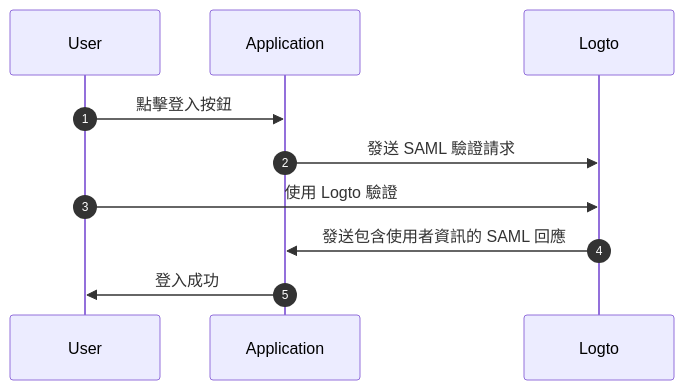
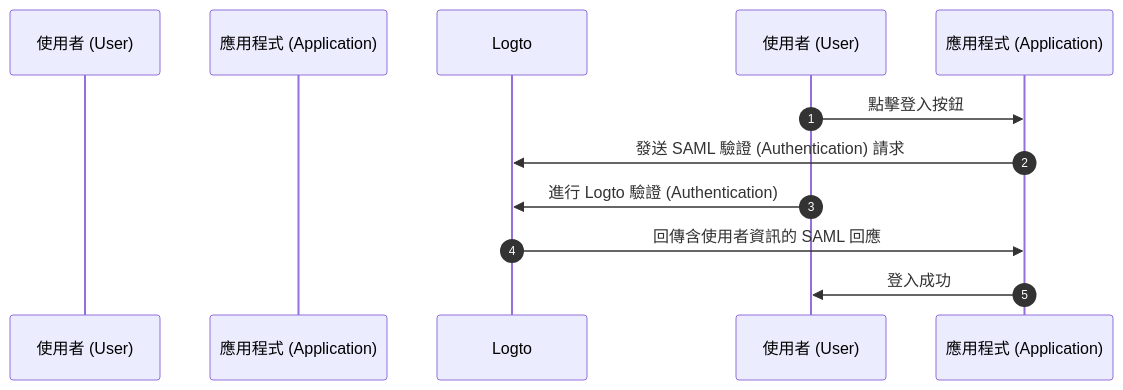
One commit to logto-io/docs changed the fourth of 4 diagrams in i18n/zh-TW/docusaurus-plugin-content-docs/current/integrate-logto/integrate-logto-into-your-application/understand-authentication-flow.mdx. Above: the diagram before and after it, drawn with Mermaid. The commit also changed other lines of this file and 44 other files, not shown here.

````diff
--- a/i18n/zh-TW/docusaurus-plugin-content-docs/current/integrate-logto/integrate-logto-into-your-application/understand-authentication-flow.mdx
+++ b/i18n/zh-TW/docusaurus-plugin-content-docs/current/integrate-logto/integrate-logto-into-your-application/understand-authentication-flow.mdx
@@ -69,13 +97,13 @@
 ```mermaid
 sequenceDiagram
     autonumber
-    participant User
-    participant Application
+    participant User as 使用者 (User)
+    participant Application as 應用程式 (Application)
     participant Logto
 
-    User->>Application: 點擊登入按鈕
-    Application->>Logto: 發送 SAML 驗證請求
-    User->>Logto: 使用 Logto 驗證
-    Logto->>Application: 發送包含使用者資訊的 SAML 回應
-    Application->>User: 登入成功
+    使用者 (User)->>應用程式 (Application): 點擊登入按鈕
+    應用程式 (Application)->>Logto: 發送 SAML 驗證 (Authentication) 請求
+    使用者 (User)->>Logto: 進行 Logto 驗證 (Authentication)
+    Logto->>應用程式 (Application): 回傳含使用者資訊的 SAML 回應
+    應用程式 (Application)->>使用者 (User): 登入成功
 ```
````
